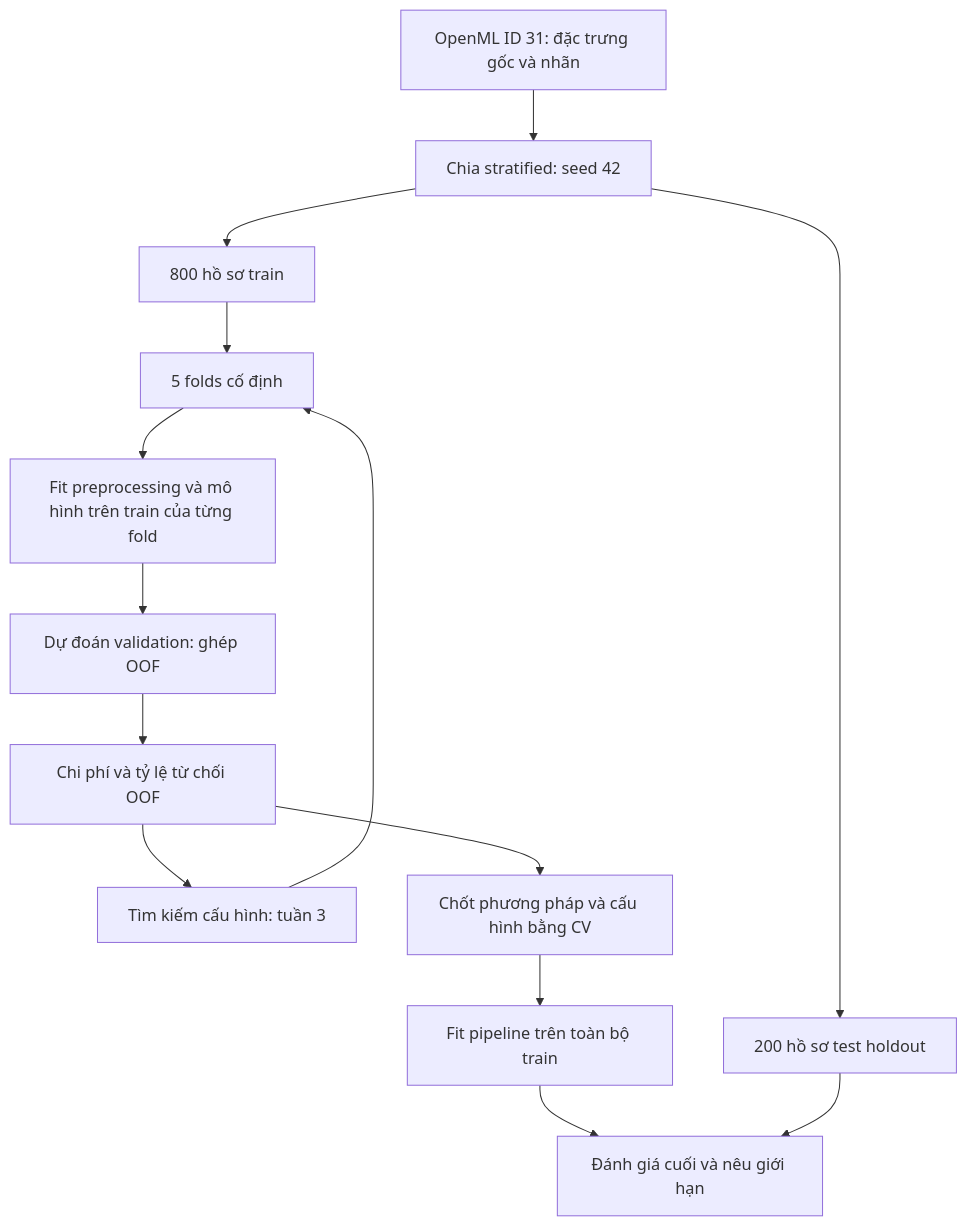
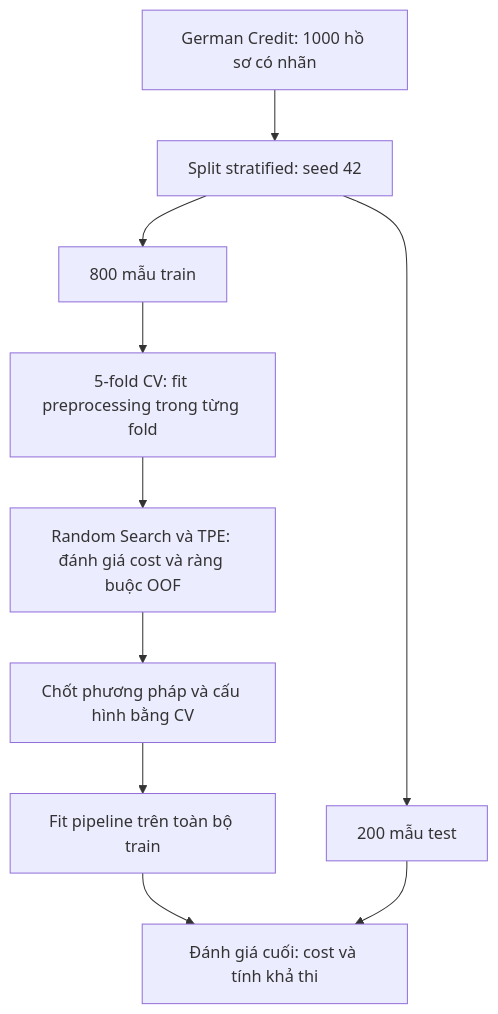
Before and after one commit to dohoangphuc2006/credit-risk-cost-sensitive-optimization: the diagram in README.md, drawn with Mermaid. The commit also changed other lines of this file, not shown here.

````diff
--- a/README.md
+++ b/README.md
@@ -71,16 +81,12 @@
 ```mermaid
 flowchart TD
-    A[OpenML ID 31: đặc trưng gốc và nhãn] --> B[Chia stratified: seed 42]
-    B --> C[800 hồ sơ train]
-    B --> D[200 hồ sơ test holdout]
-    C --> E[5 folds cố định]
-    E --> F[Fit preprocessing và mô hình trên train của từng fold]
-    F --> G[Dự đoán validation: ghép OOF]
-    G --> H[Chi phí và tỷ lệ từ chối OOF]
-    H --> I[Tìm kiếm cấu hình: tuần 3]
-    I --> E
-    H --> J[Chốt phương pháp và cấu hình bằng CV]
-    J --> K[Fit pipeline trên toàn bộ train]
-    K --> L[Đánh giá cuối và nêu giới hạn]
-    D --> L
+    A[German Credit: 1000 hồ sơ có nhãn] --> B[Split stratified: seed 42]
+    B --> C[800 mẫu train]
+    B --> D[200 mẫu test]
+    C --> E[5-fold CV: fit preprocessing trong từng fold]
+    E --> F[Random Search và TPE: đánh giá cost và ràng buộc OOF]
+    F --> G[Chốt phương pháp và cấu hình bằng CV]
+    G --> H[Fit pipeline trên toàn bộ train]
+    H --> I[Đánh giá cuối: cost và tính khả thi]
+    D --> I
 ```
````
